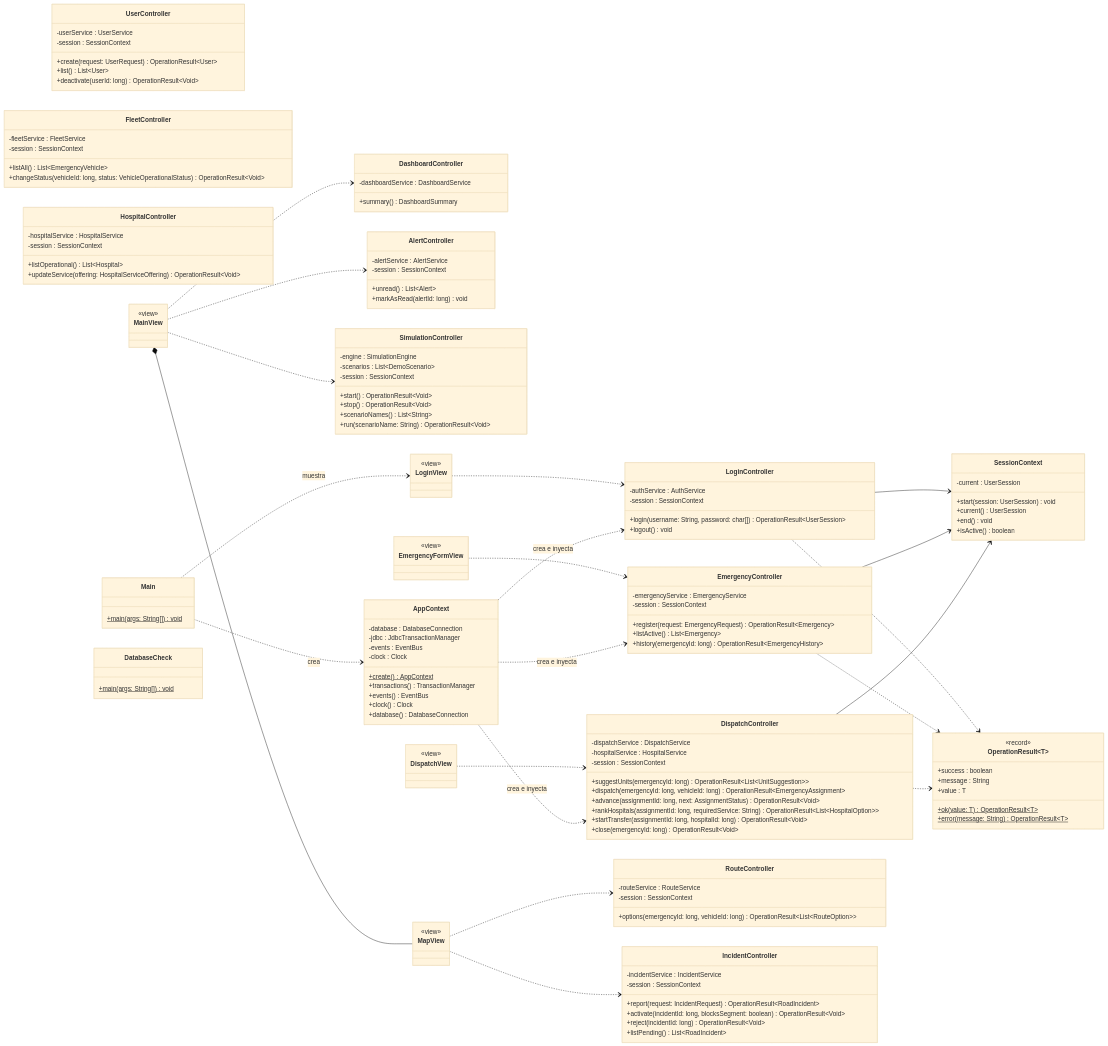
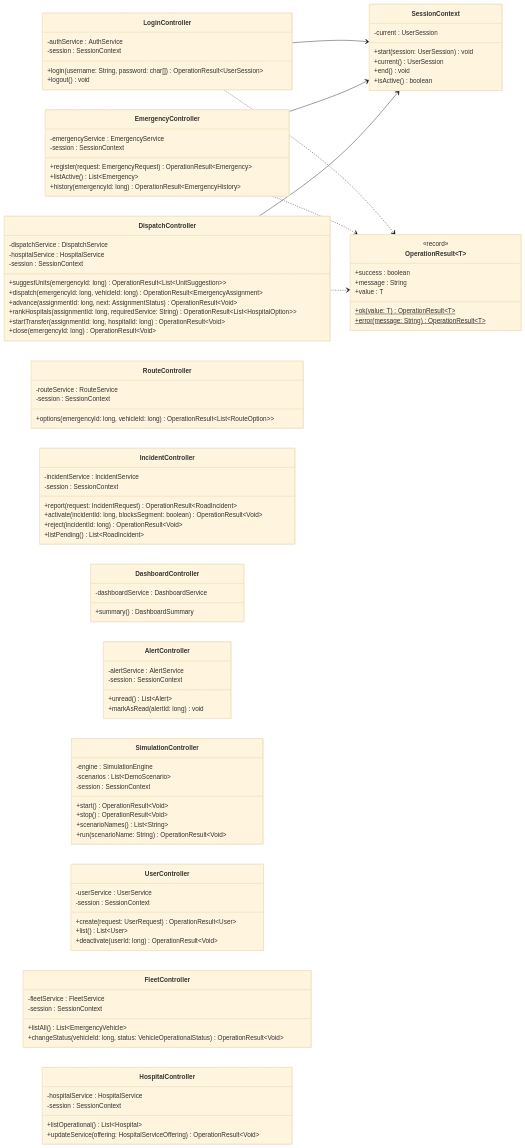
One commit to afzabaleta/RutaVida changed diagram 21 of 22 in docs/class-diagram.md. Above: the diagram before and after it, drawn with Mermaid (base theme). The commit also changed other lines of this file and 2 other files, not shown here.

Commit message:
docs: add-consolidated-document-v2

````diff
--- a/docs/class-diagram.md
+++ b/docs/class-diagram.md
@@ -1622,7 +1644,6 @@
 classDiagram
     direction LR
 
-    %% ===== CONTROLLER =====
     class SessionContext {
         -current : UserSession
         +start(session: UserSession) void
@@ -1714,62 +1735,10 @@
         +updateService(offering: HospitalServiceOffering) OperationResult~Void~
     }
 
-    %% ===== VIEW (technology pending: Swing or web) =====
-    class LoginView {
-        <<view>>
-    }
-    class MainView {
-        <<view>>
-    }
-    class MapView {
-        <<view>>
-    }
-    class EmergencyFormView {
-        <<view>>
-    }
-    class DispatchView {
-        <<view>>
-    }
-
-    %% ===== APP =====
-    class AppContext {
-        -database : DatabaseConnection
-        -jdbc : JdbcTransactionManager
-        -events : EventBus
-        -clock : Clock
-        +create() AppContext$
-        +transactions() TransactionManager
-        +events() EventBus
-        +clock() Clock
-        +database() DatabaseConnection
-    }
-    class Main {
-        +main(args: String[]) void$
-    }
-    class DatabaseCheck {
-        +main(args: String[]) void$
-    }
-
     LoginController --> SessionContext
     EmergencyController --> SessionContext
     DispatchController --> SessionContext
     LoginController ..> OperationResult~T~
     EmergencyController ..> OperationResult~T~
     DispatchController ..> OperationResult~T~
-
-    LoginView ..> LoginController
-    MainView ..> DashboardController
-    MainView ..> AlertController
-    MainView ..> SimulationController
-    MapView ..> RouteController
-    MapView ..> IncidentController
-    EmergencyFormView ..> EmergencyController
-    DispatchView ..> DispatchController
-    MainView *-- MapView
-
-    Main ..> AppContext : crea
-    Main ..> LoginView : muestra
-    AppContext ..> LoginController : crea e inyecta
-    AppContext ..> EmergencyController : crea e inyecta
-    AppContext ..> DispatchController : crea e inyecta
 ```
````
